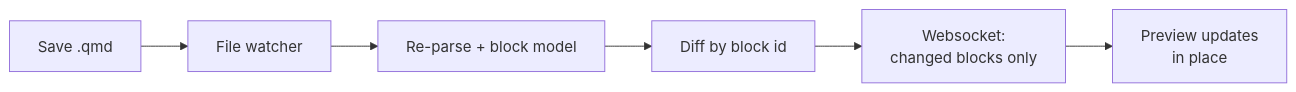
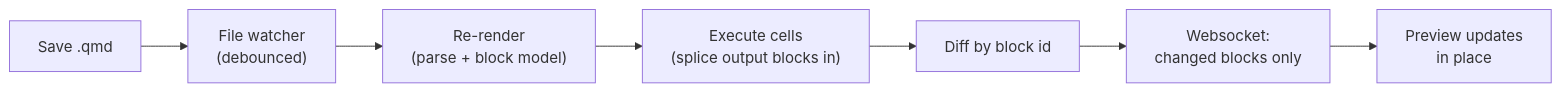
Before and after one commit to AJBogo9/taliesin: the second of 5 diagrams in docs/internals/architecture.qmd, drawn with Mermaid. The commit also changed other lines of this file and 29 other files, not shown here.

````diff
--- a/docs/internals/architecture.qmd
+++ b/docs/internals/architecture.qmd
@@ -49,10 +61,11 @@
 ```{mermaid}
 %%| label: fig-save-flow
-%%| fig-cap: "Only the changed blocks are pushed to the preview."
+%%| fig-cap: "A save is re-render → execute → diff: outputs are spliced in before the diff runs."
 flowchart LR
-  save["Save .qmd"] --> watch["File watcher"]
-  watch --> parse["Re-parse + block model"]
-  parse --> diff["Diff by block id"]
+  save["Save .qmd"] --> watch["File watcher<br/>(debounced)"]
+  watch --> parse["Re-render<br/>(parse + block model)"]
+  parse --> exec["Execute cells<br/>(splice output blocks in)"]
+  exec --> diff["Diff by block id"]
   diff --> ws["Websocket:<br/>changed blocks only"]
   ws --> dom["Preview updates<br/>in place"]
 ```
````
